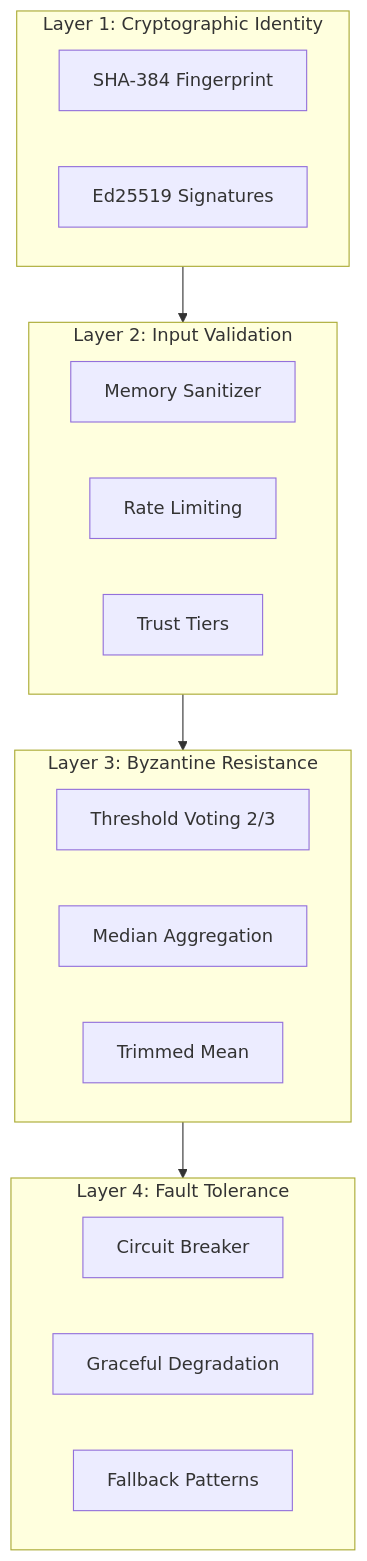
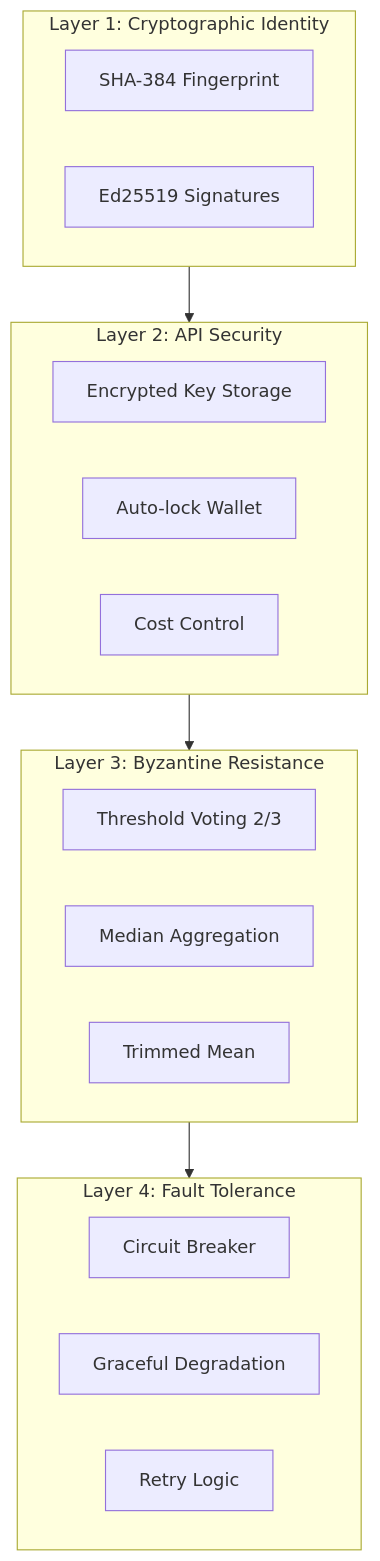
One commit to Replicant-Partners/Chrysalis changed the seventh of 7 diagrams in ARCHITECTURE.md. Above: the diagram before and after it, drawn with Mermaid. The commit also changed other lines of this file and 43 other files, not shown here.

````diff
--- a/ARCHITECTURE.md
+++ b/ARCHITECTURE.md
@@ -534,27 +540,27 @@
 ```mermaid
 flowchart TB
     subgraph Layer1["Layer 1: Cryptographic Identity"]
         L1A[SHA-384 Fingerprint]
         L1B[Ed25519 Signatures]
     end
 
-    subgraph Layer2["Layer 2: Input Validation"]
-        L2A[Memory Sanitizer]
-        L2B[Rate Limiting]
-        L2C[Trust Tiers]
+    subgraph Layer2["Layer 2: API Security"]
+        L2A[Encrypted Key Storage]
+        L2B[Auto-lock Wallet]
+        L2C[Cost Control]
     end
 
     subgraph Layer3["Layer 3: Byzantine Resistance"]
         L3A[Threshold Voting 2/3]
         L3B[Median Aggregation]
         L3C[Trimmed Mean]
     end
 
     subgraph Layer4["Layer 4: Fault Tolerance"]
         L4A[Circuit Breaker]
         L4B[Graceful Degradation]
-        L4C[Fallback Patterns]
+        L4C[Retry Logic]
     end
 
     Layer1 --> Layer2 --> Layer3 --> Layer4
 ```
````
